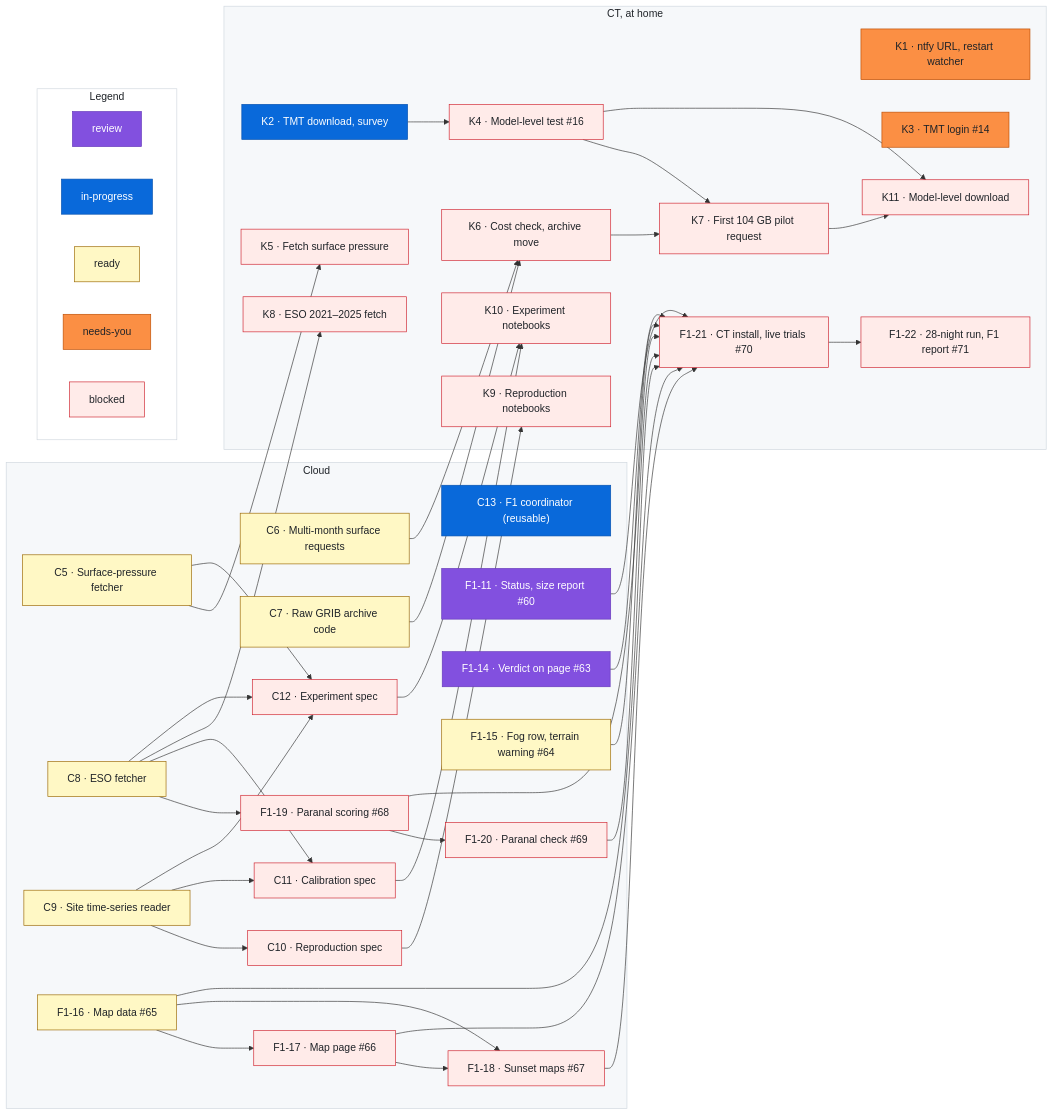
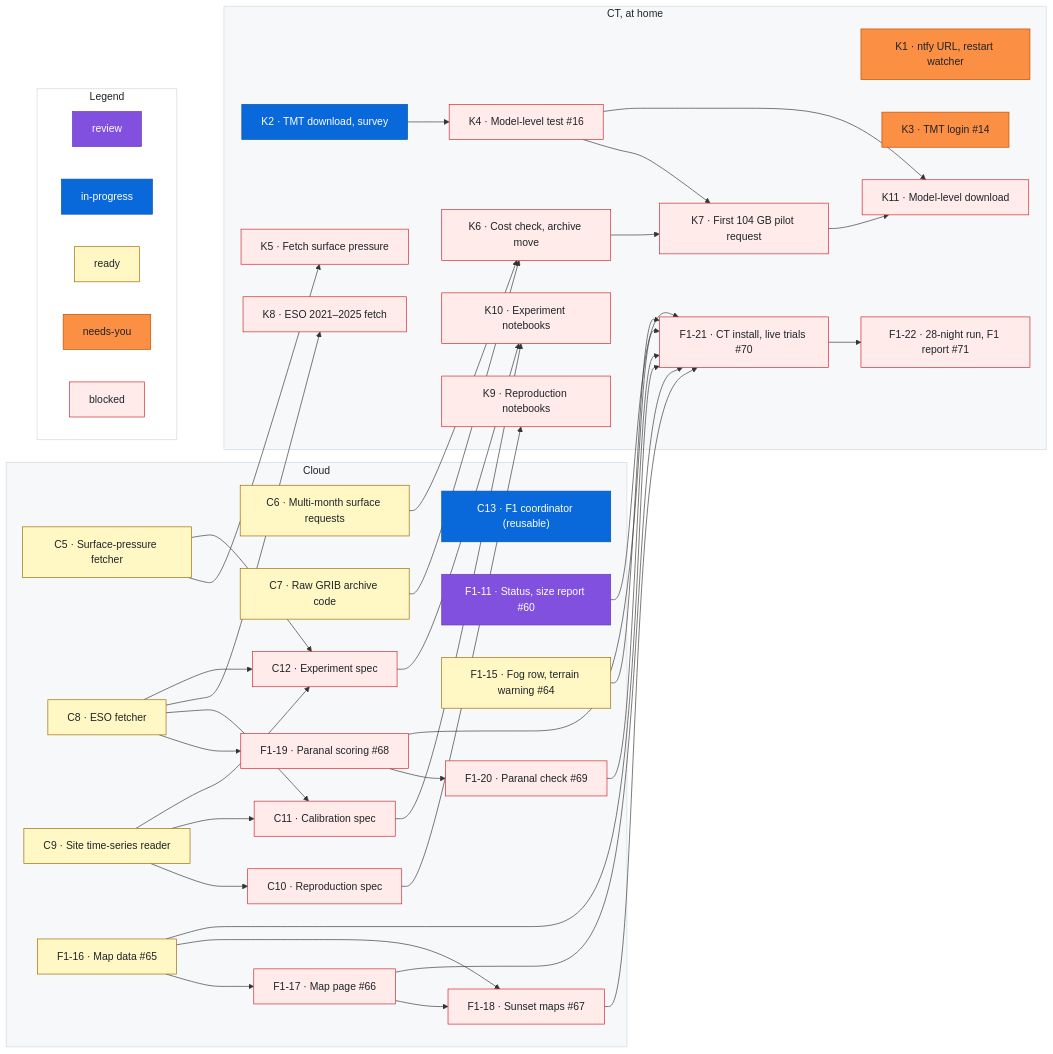
The diagram in docs/roadmap.md (rrweller/Astro-seeing), drawn with Mermaid before and after one commit. The commit also changed other lines of this file, not shown here.

Commit message:
roadmap: remove F1-14 (#91 merged)

```diff
--- a/docs/roadmap.md
+++ b/docs/roadmap.md
@@ -95,7 +93,6 @@
     C12["C12 · Experiment spec"]
     C13["C13 · F1 coordinator (reusable)"]
     F1_11["F1-11 · Status, size report #60"]
-    F1_14["F1-14 · Verdict on page #63"]
     F1_15["F1-15 · Fog row, terrain warning #64"]
     F1_16["F1-16 · Map data #65"]
     F1_17["F1-17 · Map page #66"]
@@ -124,7 +121,6 @@
   C8 --> F1_19
   F1_19 --> F1_20
   F1_11 --> F1_21
-  F1_14 --> F1_21
   F1_15 --> F1_21
   F1_16 --> F1_21
   F1_17 --> F1_21
@@ -185,8 +181,6 @@
   %% ---
   class F1_11 review
   %% ---
-  class F1_14 review
-  %% ---
   class F1_15 ready
   %% ---
   class F1_16 ready
```
